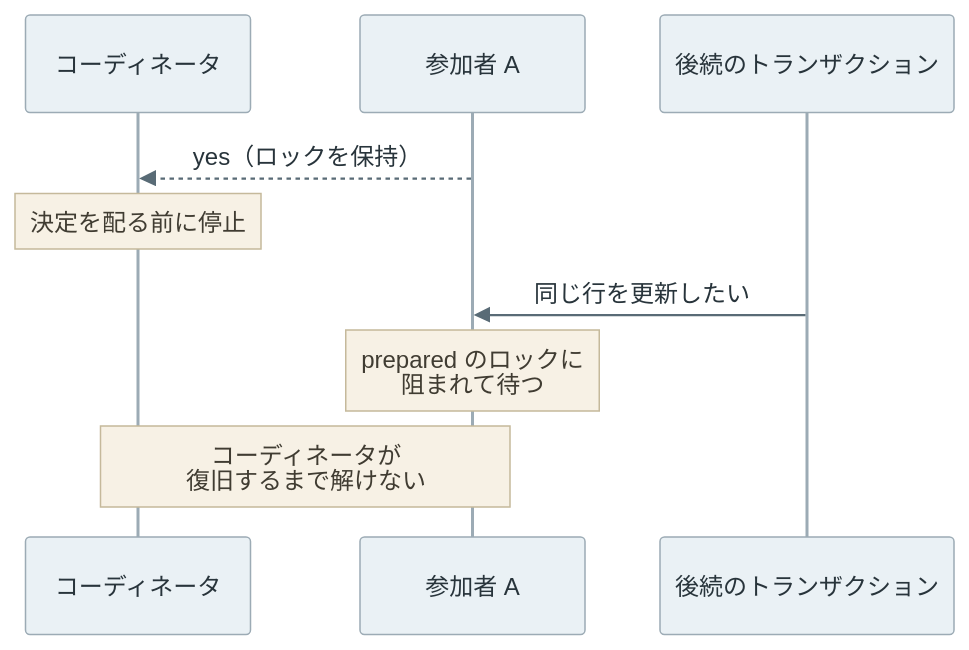
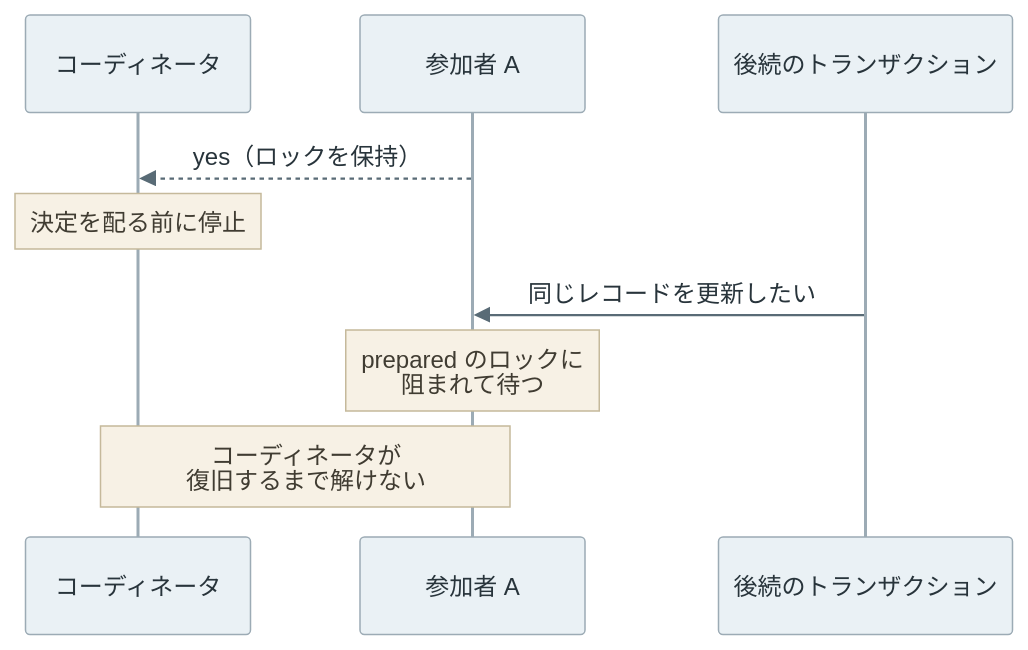
The sixth of 7 diagrams in content/notes/distributed-systems/two-phase-commit/index.md (nao1215/debimate), drawn with Mermaid before and after one commit. The commit also changed other lines of this file and 6 other files, not shown here.

````diff
--- a/content/notes/distributed-systems/two-phase-commit/index.md
+++ b/content/notes/distributed-systems/two-phase-commit/index.md
@@ -159,12 +165,12 @@
 ```mermaid
 %%{init: {"theme":"base","themeVariables":{"primaryColor":"#eaf1f5","primaryTextColor":"#28343b","primaryBorderColor":"#9cabb5","lineColor":"#596b76","textColor":"#28343b","actorBkg":"#eaf1f5","actorBorder":"#9cabb5","actorTextColor":"#28343b","actorLineColor":"#9cabb5","signalColor":"#596b76","signalTextColor":"#28343b","noteBkgColor":"#f7f1e5","noteBorderColor":"#c5b99b","noteTextColor":"#403c32","activationBkgColor":"#edf3ef","activationBorderColor":"#9aafa1"}}}%%
 sequenceDiagram
     participant C as コーディネータ
     participant P as 参加者 A
     participant O as 後続のトランザクション
     P-->>C: yes（ロックを保持）
     Note over C: 決定を配る前に停止
-    O->>P: 同じ行を更新したい
+    O->>P: 同じレコードを更新したい
     Note over P: prepared のロックに<br/>阻まれて待つ
     Note over C,P: コーディネータが<br/>復旧するまで解けない
 ```
````
